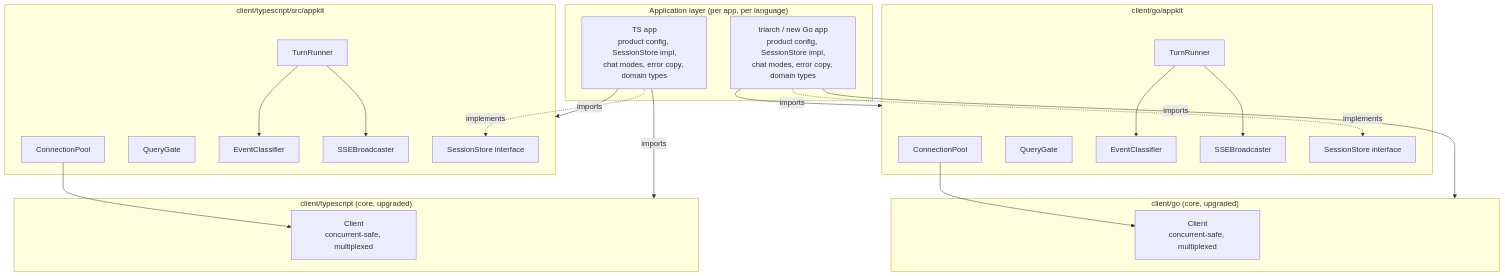
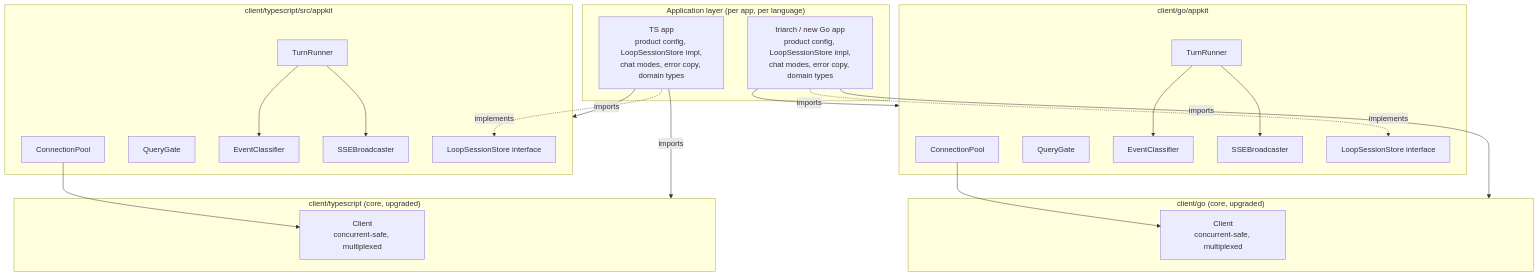
The diagram in docs/specs/RFC-629-client-appkit-architecture.md (OpenSoothe/soothe), drawn with Mermaid before and after one commit. The commit also changed other lines of this file and 20 other files, not shown here.

````diff
--- a/docs/specs/RFC-629-client-appkit-architecture.md
+++ b/docs/specs/RFC-629-client-appkit-architecture.md
@@ -79,41 +79,41 @@
 ```mermaid
 graph TB
     subgraph App["Application layer (per app, per language)"]
-        APPGO[triarch / new Go app<br/>product config, SessionStore impl,<br/>chat modes, error copy, domain types]
-        APPTS[TS app<br/>product config, SessionStore impl,<br/>chat modes, error copy, domain types]
+        APPGO[triarch / new Go app<br/>product config, LoopSessionStore impl,<br/>chat modes, error copy, domain types]
+        APPTS[TS app<br/>product config, LoopSessionStore impl,<br/>chat modes, error copy, domain types]
     end
     subgraph AppkitGo["client/go/appkit"]
         POOLGO[ConnectionPool]
         GATEG0[QueryGate]
         TURNGO[TurnRunner]
         CLSGO[EventClassifier]
         SSEGO[SSEBroadcaster]
-        STOREGO[SessionStore interface]
+        STOREGO[LoopSessionStore interface]
     end
     subgraph AppkitTS["client/typescript/src/appkit"]
         POOLTS[ConnectionPool]
         GATETS[QueryGate]
         TURNTS[TurnRunner]
         CLSTS[EventClassifier]
         SSETS[SSEBroadcaster]
-        STORETS[SessionStore interface]
+        STORETS[LoopSessionStore interface]
     end
     subgraph CoreGo["client/go (core, upgraded)"]
         CLIENTGO[Client<br/>concurrent-safe, multiplexed]
     end
     subgraph CoreTS["client/typescript (core, upgraded)"]
         CLIENTTS[Client<br/>concurrent-safe, multiplexed]
     end
     APPGO -->|imports| AppkitGo
     APPGO -->|imports| CoreGo
     APPGO -.->|implements| STOREGO
     APPTS -->|imports| AppkitTS
     APPTS -->|imports| CoreTS
     APPTS -.->|implements| STORETS
     POOLGO --> CLIENTGO
     TURNGO --> CLSGO
     TURNGO --> SSEGO
     POOLTS --> CLIENTTS
     TURNTS --> CLSTS
     TURNTS --> SSETS
 ```
````
